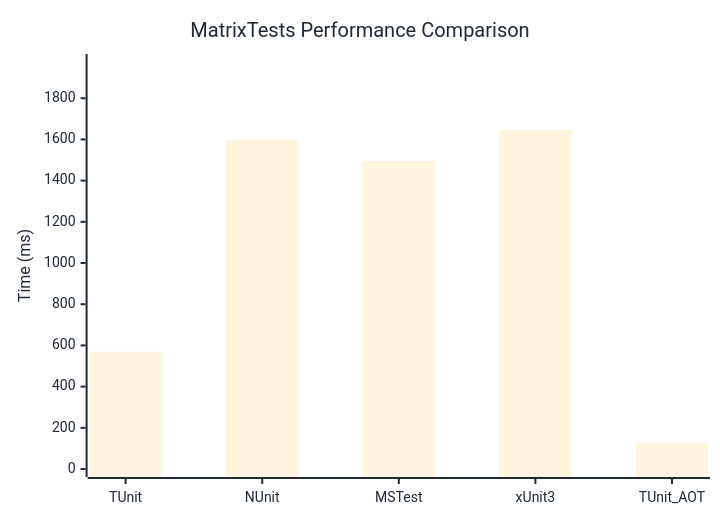
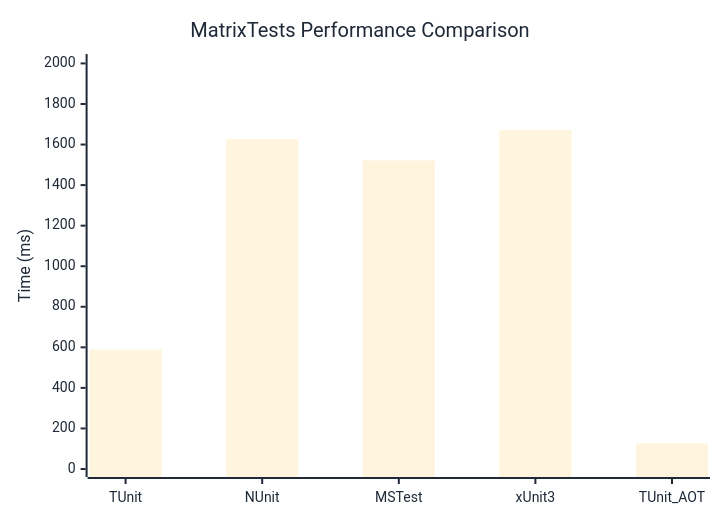
Before and after one commit to thomhurst/TUnit: the diagram in docs/docs/benchmarks/MatrixTests.md, drawn with Mermaid. The commit also changed other lines of this file and 17 other files, not shown here.

````diff
--- a/docs/docs/benchmarks/MatrixTests.md
+++ b/docs/docs/benchmarks/MatrixTests.md
@@ -27,37 +27,37 @@
 ```mermaid
 %%{init: {
   'theme':'base',
   'themeVariables': {
     'primaryColor': '#2563eb',
     'primaryTextColor': '#1f2937',
     'primaryBorderColor': '#1e40af',
     'lineColor': '#6b7280',
     'secondaryColor': '#7c3aed',
     'tertiaryColor': '#dc2626',
     'background': '#ffffff',
     'mainBkg': '#2563eb',
     'secondBkg': '#7c3aed',
     'tertiaryBkg': '#dc2626',
     'clusterBkg': '#f3f4f6',
     'edgeLabelBackground': '#ffffff',
     'tertiaryTextColor': '#1f2937',
     'pie1': '#2563eb',
     'pie2': '#7c3aed',
     'pie3': '#dc2626',
     'pie4': '#f59e0b',
     'pie5': '#10b981',
     'pie6': '#06b6d4',
     'pie7': '#ec4899',
     'pie8': '#6366f1',
     'pie9': '#84cc16',
     'pie10': '#f97316',
     'pie11': '#14b8a6',
     'pie12': '#a855f7'
   }
 }}%%
 xychart-beta
   title "MatrixTests Performance Comparison"
   x-axis ["TUnit", "NUnit", "MSTest", "xUnit3", "TUnit_AOT"]
-  y-axis "Time (ms)" 0 --> 1976
-  bar [569.9, 1598.1, 1495.6, 1645.9, 124.7]
+  y-axis "Time (ms)" 0 --> 2007
+  bar [588.7, 1626.7, 1521.4, 1671.8, 126.3]
 ```
````
